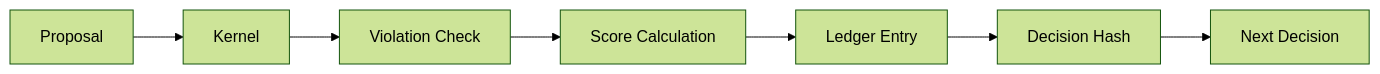
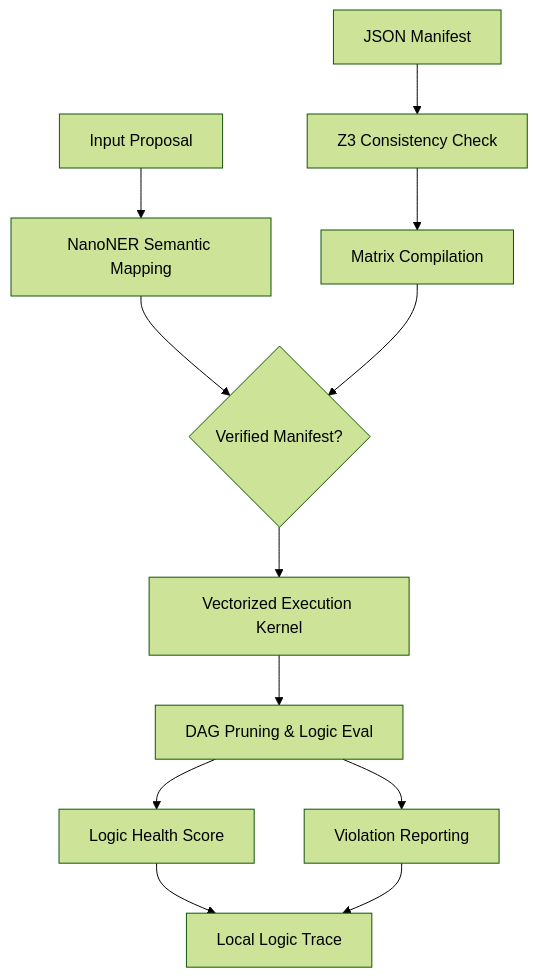
Before and after one commit to wassmi/lnt-sovereign: the diagram in docs/architecture.md, drawn with Mermaid (forest theme). The commit also changed other lines of this file and 72 other files, not shown here.

````diff
--- a/docs/architecture.md
+++ b/docs/architecture.md
@@ -17,9 +31,14 @@
 ```mermaid
-graph LR
-    P[Proposal] --> K[Kernel]
-    K --> V[Violation Check]
-    V --> S[Score Calculation]
-    S --> L[Ledger Entry]
-    L --> H[Decision Hash]
-    H --> H_Next[Next Decision]
+graph TD
+    A[Input Proposal] --> B[NanoNER Semantic Mapping]
+    B --> C{Verified Manifest?}
+    D[JSON Manifest] --> E[Z3 Consistency Check]
+    E --> F[Matrix Compilation]
+    F --> C
+    C --> G[Vectorized Execution Kernel]
+    G --> H[DAG Pruning & Logic Eval]
+    H --> I[Logic Health Score]
+    H --> J[Violation Reporting]
+    I --> K[Local Logic Trace]
+    J --> K
 ```
````
